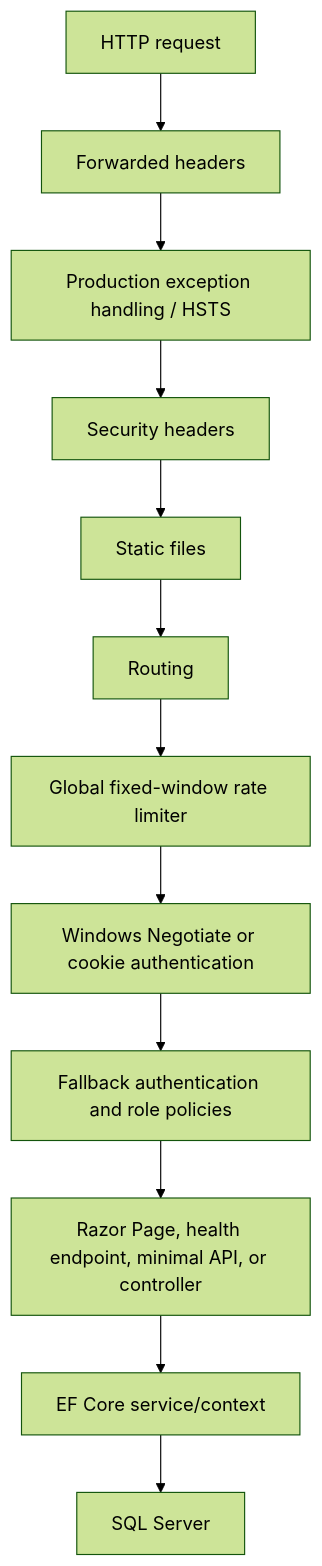
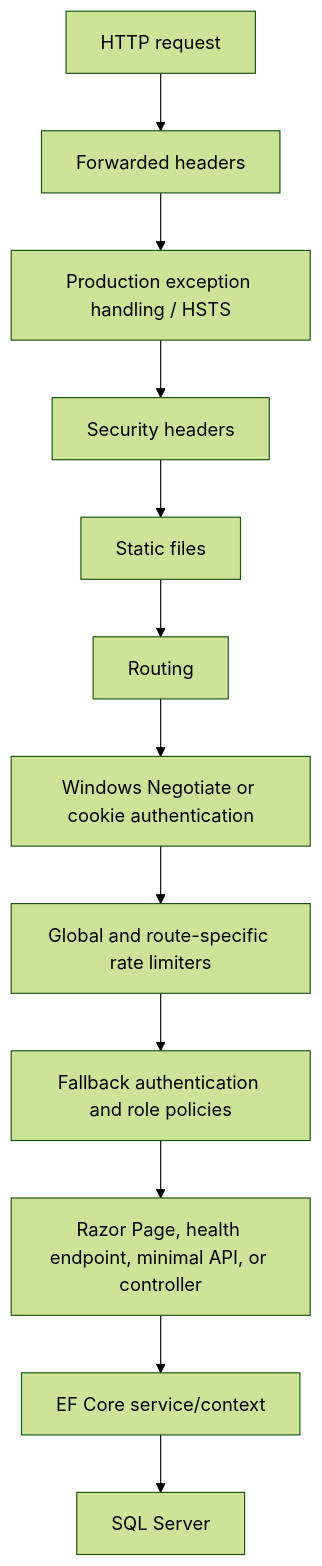
One commit to MrMoneyDeveloper/DigifyCXIntranet changed the second of 8 diagrams in README.md. Above: the diagram before and after it, drawn with Mermaid (forest theme). The commit also changed other lines of this file and 159 other files, not shown here.

````diff
--- a/README.md
+++ b/README.md
@@ -98,14 +100,14 @@
 ```mermaid
 flowchart TD
     Request["HTTP request"] --> Forwarded["Forwarded headers"]
     Forwarded --> Errors["Production exception handling / HSTS"]
     Errors --> Headers["Security headers"]
     Headers --> Static["Static files"]
     Static --> Routing["Routing"]
-    Routing --> Limiter["Global fixed-window rate limiter"]
-    Limiter --> AuthN["Windows Negotiate or cookie authentication"]
-    AuthN --> AuthZ["Fallback authentication and role policies"]
+    Routing --> AuthN["Windows Negotiate or cookie authentication"]
+    AuthN --> Limiter["Global and route-specific rate limiters"]
+    Limiter --> AuthZ["Fallback authentication and role policies"]
     AuthZ --> Endpoint["Razor Page, health endpoint, minimal API, or controller"]
     Endpoint --> EF["EF Core service/context"]
     EF --> Database["SQL Server"]
 ```
````
